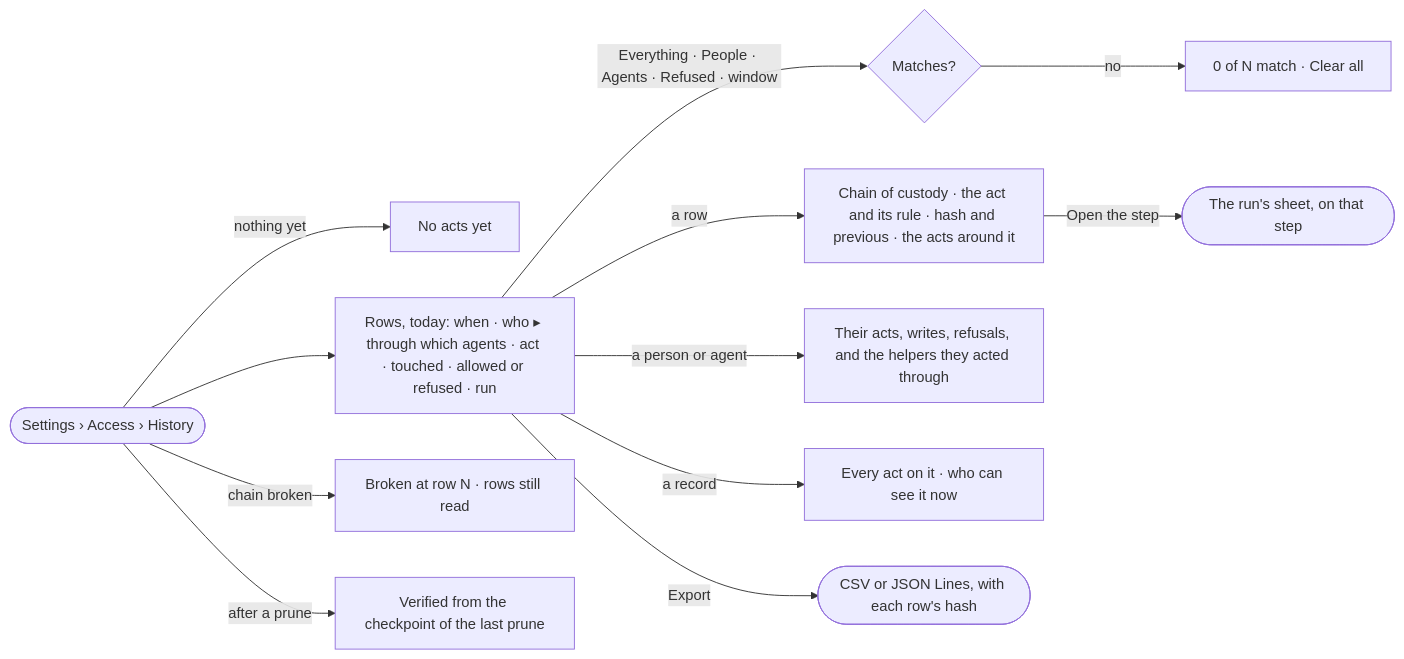
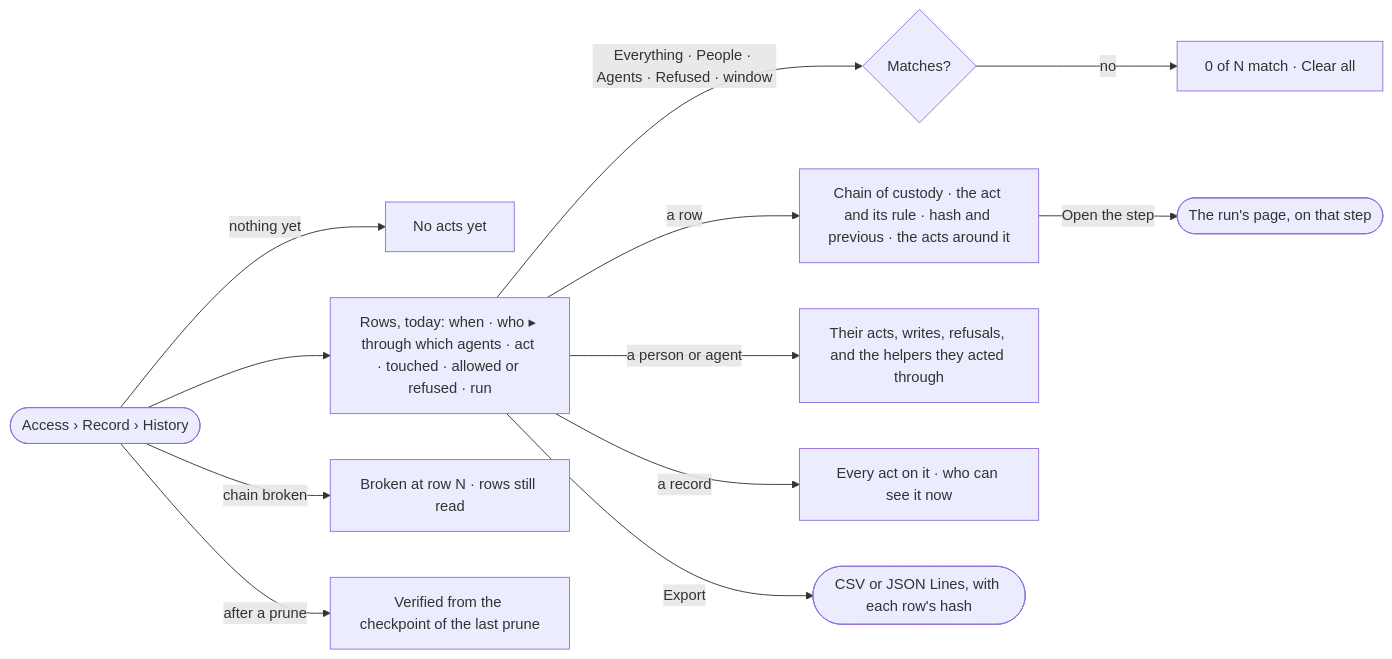
One commit to invana/invana changed the diagram in specs/os/access/features/AC-F06-history/stories/AC-16-read-what-people-and-agents-did-and-prove-it/story.md. Above: the diagram before and after it, drawn with Mermaid. The commit also changed other lines of this file and 133 other files, not shown here.

````diff
--- a/specs/os/access/features/AC-F06-history/stories/AC-16-read-what-people-and-agents-did-and-prove-it/story.md
+++ b/specs/os/access/features/AC-F06-history/stories/AC-16-read-what-people-and-agents-did-and-prove-it/story.md
@@ -27,14 +27,14 @@
 ```mermaid
 flowchart LR
-  s([Settings › Access › History]) -->|nothing yet| e["No acts yet"]
+  s([Access › Record › History]) -->|nothing yet| e["No acts yet"]
   s --> r["Rows, today: when · who ▸ through which agents · act · touched · allowed or refused · run"]
   r -->|Everything · People · Agents · Refused · window| f{"Matches?"}
   f -->|no| z["0 of N match · Clear all"]
   r -->|a row| d["Chain of custody · the act and its rule · hash and previous · the acts around it"]
-  d -->|Open the step| run(["The run's sheet, on that step"])
+  d -->|Open the step| run(["The run's page, on that step"])
   r -->|a person or agent| a["Their acts, writes, refusals, and the helpers they acted through"]
   r -->|a record| rec["Every act on it · who can see it now"]
   r -->|Export| x(["CSV or JSON Lines, with each row's hash"])
   s -->|chain broken| b["Broken at row N · rows still read"]
   s -->|after a prune| cp["Verified from the checkpoint of the last prune"]
 ```
````
